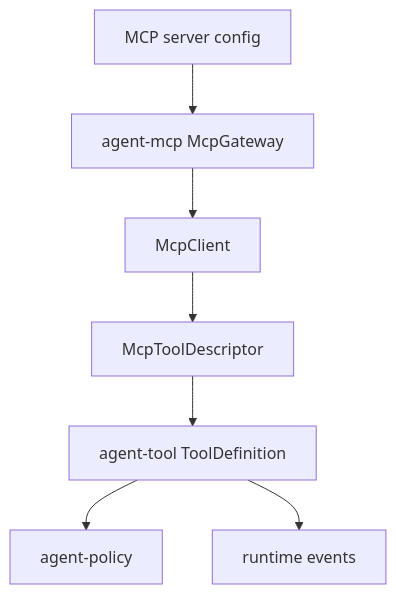
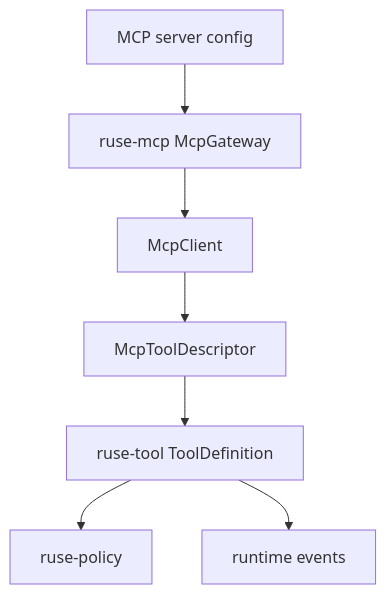
Before and after one commit to poneding/agent: the diagram in docs/specs/M22-04-mcp-gateway-tools.spec.md, drawn with Mermaid. The commit also changed other lines of this file and 2091 other files, not shown here.

First line of the commit message:
refactor: rename agent branding to ruse

````diff
--- a/docs/specs/M22-04-mcp-gateway-tools.spec.md
+++ b/docs/specs/M22-04-mcp-gateway-tools.spec.md
@@ -32,9 +32,9 @@
 ```mermaid
 flowchart TD
-  Config["MCP server config"] --> Gateway["agent-mcp McpGateway"]
+  Config["MCP server config"] --> Gateway["ruse-mcp McpGateway"]
   Gateway --> Client["McpClient"]
   Client --> Descriptor["McpToolDescriptor"]
-  Descriptor --> Tool["agent-tool ToolDefinition"]
-  Tool --> Policy["agent-policy"]
+  Descriptor --> Tool["ruse-tool ToolDefinition"]
+  Tool --> Policy["ruse-policy"]
   Tool --> Audit["runtime events"]
 ```
````
